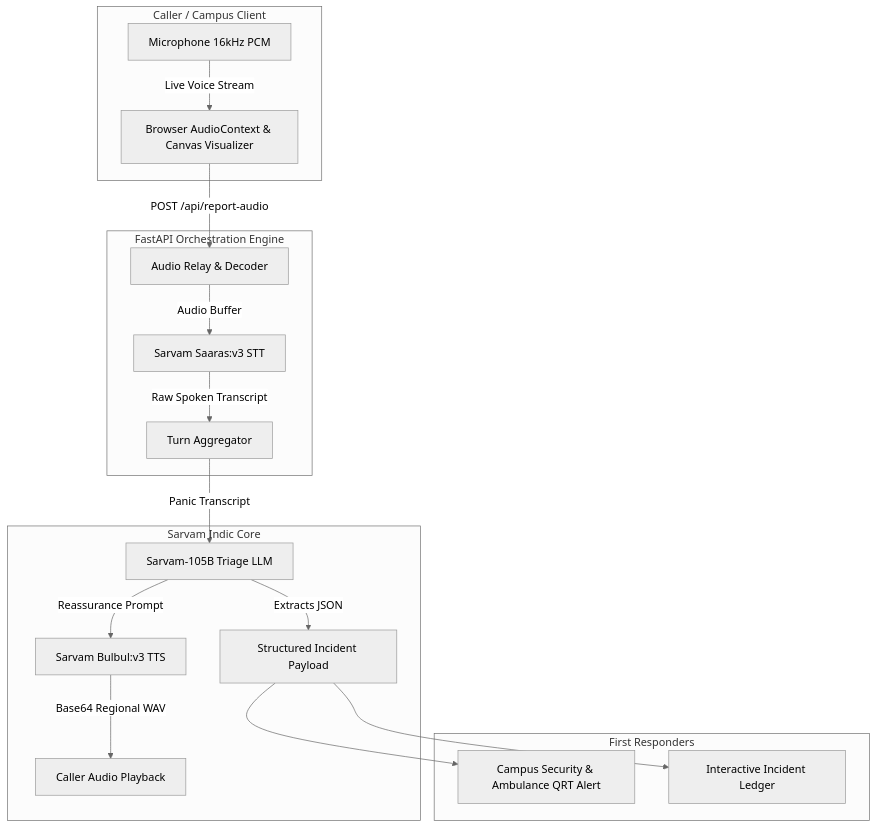
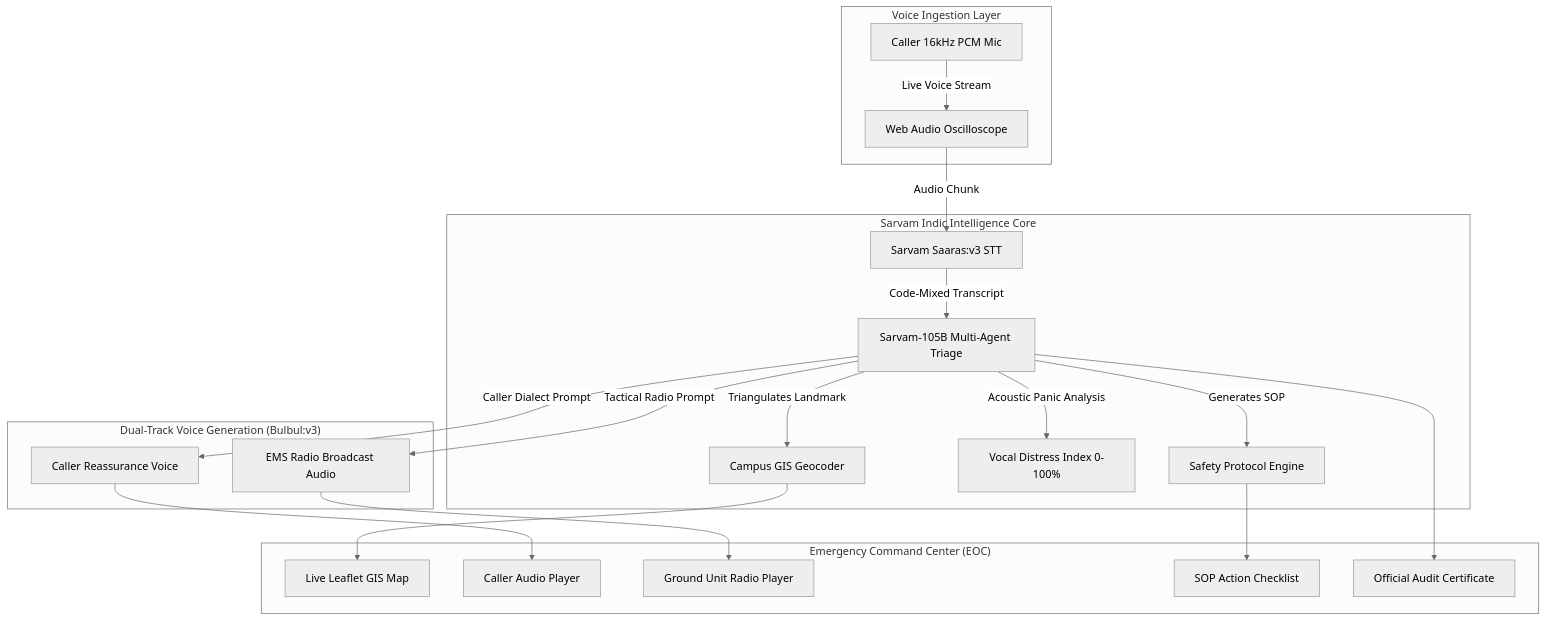
Before and after one commit to SriRamkunamsetty/raksha-voice-sarvam: the diagram in README.md, drawn with Mermaid (neutral theme). The commit also changed other lines of this file and 3 other files, not shown here.

Commit message:
feat(enterprise): upgrade to full civil defense & emergency command center (EOC) with Leaflet GIS map, panic index, and dual-track voice synthesis

````diff
--- a/README.md
+++ b/README.md
@@ -72,24 +90,27 @@
 ```mermaid
 flowchart TD
-    subgraph Client ["Caller / Campus Client"]
-        A[Microphone 16kHz PCM] -->|Live Voice Stream| B[Browser AudioContext & Canvas Visualizer]
+    subgraph Ingestion ["Voice Ingestion Layer"]
+        A[Caller 16kHz PCM Mic] -->|Live Voice Stream| B[Web Audio Oscilloscope]
     end
 
-    subgraph Gateway ["FastAPI Orchestration Engine"]
-        B -->|POST /api/report-audio| C[Audio Relay & Decoder]
-        C -->|Audio Buffer| D[Sarvam Saaras:v3 STT]
-        D -->|Raw Spoken Transcript| E[Turn Aggregator]
+    subgraph Core ["Sarvam Indic Intelligence Core"]
+        B -->|Audio Chunk| C[Sarvam Saaras:v3 STT]
+        C -->|Code-Mixed Transcript| D[Sarvam-105B Multi-Agent Triage]
+        D -->|Triangulates Landmark| E[Campus GIS Geocoder]
+        D -->|Acoustic Panic Analysis| F[Vocal Distress Index 0-100%]
+        D -->|Generates SOP| G[Safety Protocol Engine]
     end
 
-    subgraph Intelligence ["Sarvam Indic Core"]
-        E -->|Panic Transcript| F[Sarvam-105B Triage LLM]
-        F -->|Extracts JSON| G[Structured Incident Payload]
-        F -->|Reassurance Prompt| H[Sarvam Bulbul:v3 TTS]
-        H -->|Base64 Regional WAV| I[Caller Audio Playback]
+    subgraph Voice ["Dual-Track Voice Generation (Bulbul:v3)"]
+        D -->|Caller Dialect Prompt| H[Caller Reassurance Voice]
+        D -->|Tactical Radio Prompt| I[EMS Radio Broadcast Audio]
     end
 
-    subgraph Dispatch ["First Responders"]
-        G --> J[Campus Security & Ambulance QRT Alert]
-        G --> K[Interactive Incident Ledger]
+    subgraph Command ["Emergency Command Center (EOC)"]
+        E --> J[Live Leaflet GIS Map]
+        H --> K[Caller Audio Player]
+        I --> L[Ground Unit Radio Player]
+        G --> M[SOP Action Checklist]
+        D --> N[Official Audit Certificate]
     end
 ```
````
